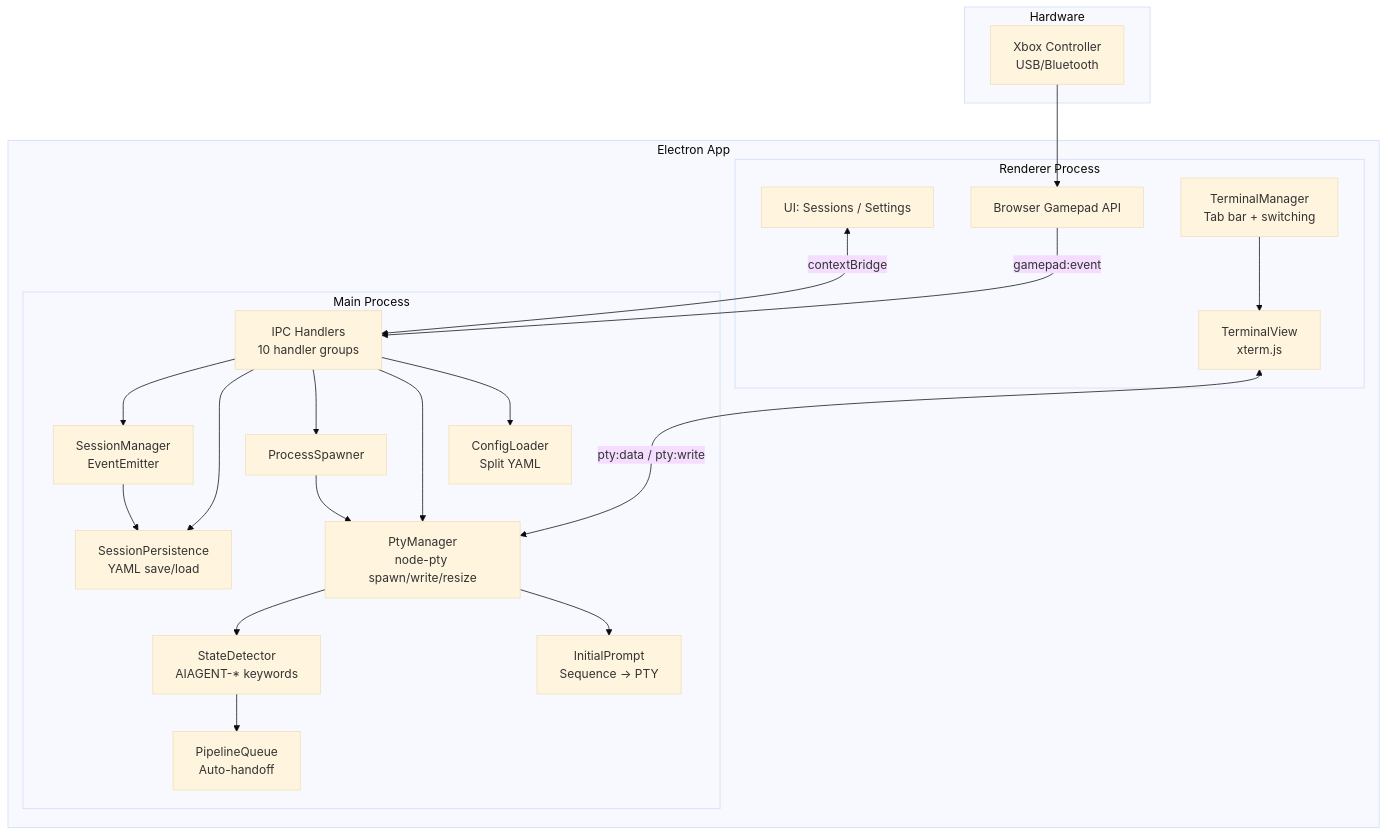
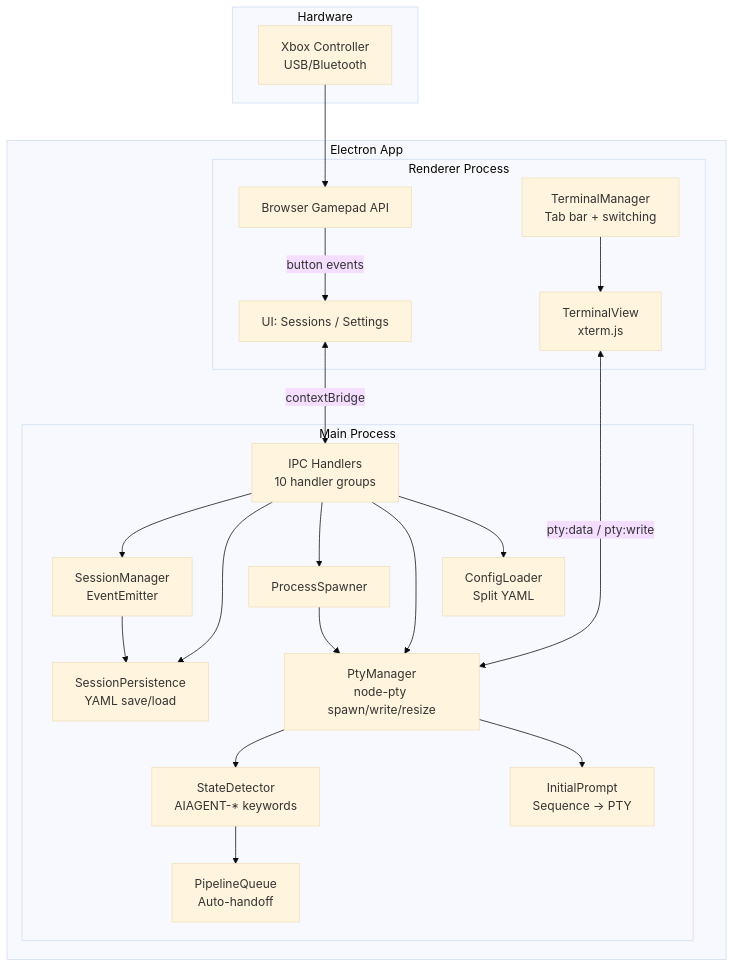
The first of 3 diagrams in .github/copilot-instructions.md (PetePeter/gamepad-cli-hub), drawn with Mermaid (base theme) before and after one commit. The commit also changed other lines of this file and 16 other files, not shown here.

````diff
--- a/.github/copilot-instructions.md
+++ b/.github/copilot-instructions.md
@@ -11,44 +11,44 @@
 ```mermaid
 graph TB
     subgraph Hardware
         XC[Xbox Controller<br/>USB/Bluetooth]
     end
 
     subgraph "Electron App"
         subgraph "Renderer Process"
             UI[UI: Sessions / Settings]
             BGA[Browser Gamepad API]
             TM[TerminalManager<br/>Tab bar + switching]
             TV[TerminalView<br/>xterm.js]
         end
 
         subgraph "Main Process"
             IPC[IPC Handlers<br/>10 handler groups]
             SM[SessionManager<br/>EventEmitter]
             SP[SessionPersistence<br/>YAML save/load]
             PS[ProcessSpawner]
             PTY[PtyManager<br/>node-pty spawn/write/resize]
             SD[StateDetector<br/>AIAGENT-* keywords]
             PQ[PipelineQueue<br/>Auto-handoff]
             IP[InitialPrompt<br/>Sequence → PTY]
             CL[ConfigLoader<br/>Split YAML]
         end
 
         UI <-->|contextBridge| IPC
-        BGA -->|gamepad:event| IPC
+        BGA -->|button events| UI
         TM --> TV
         TV <-->|pty:data / pty:write| PTY
     end
 
     XC --> BGA
     IPC --> SM
     IPC --> SP
     IPC --> PS
     IPC --> PTY
     IPC --> CL
     SM --> SP
     PS --> PTY
     PTY --> SD
     SD --> PQ
     PTY --> IP
 ```
````
